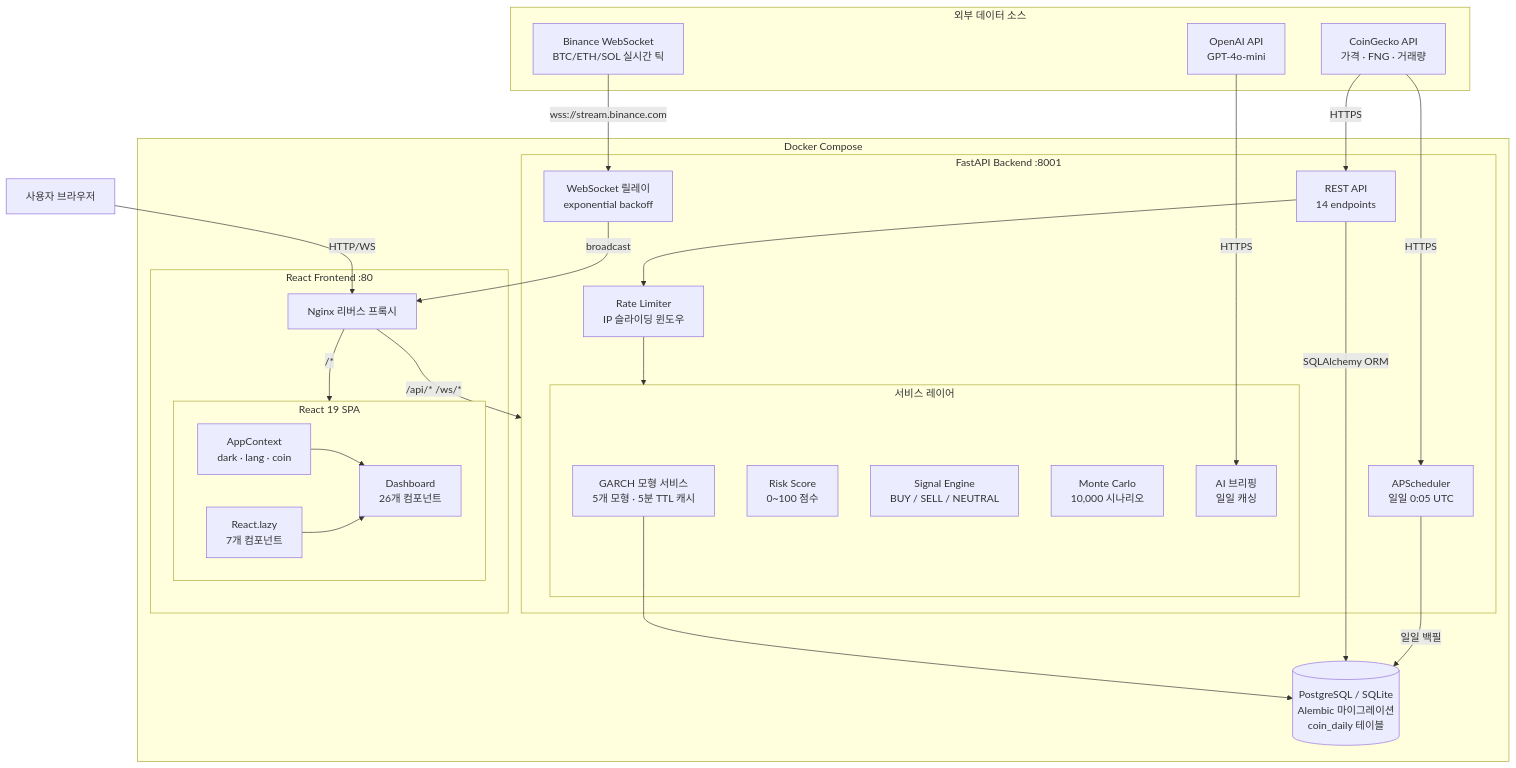
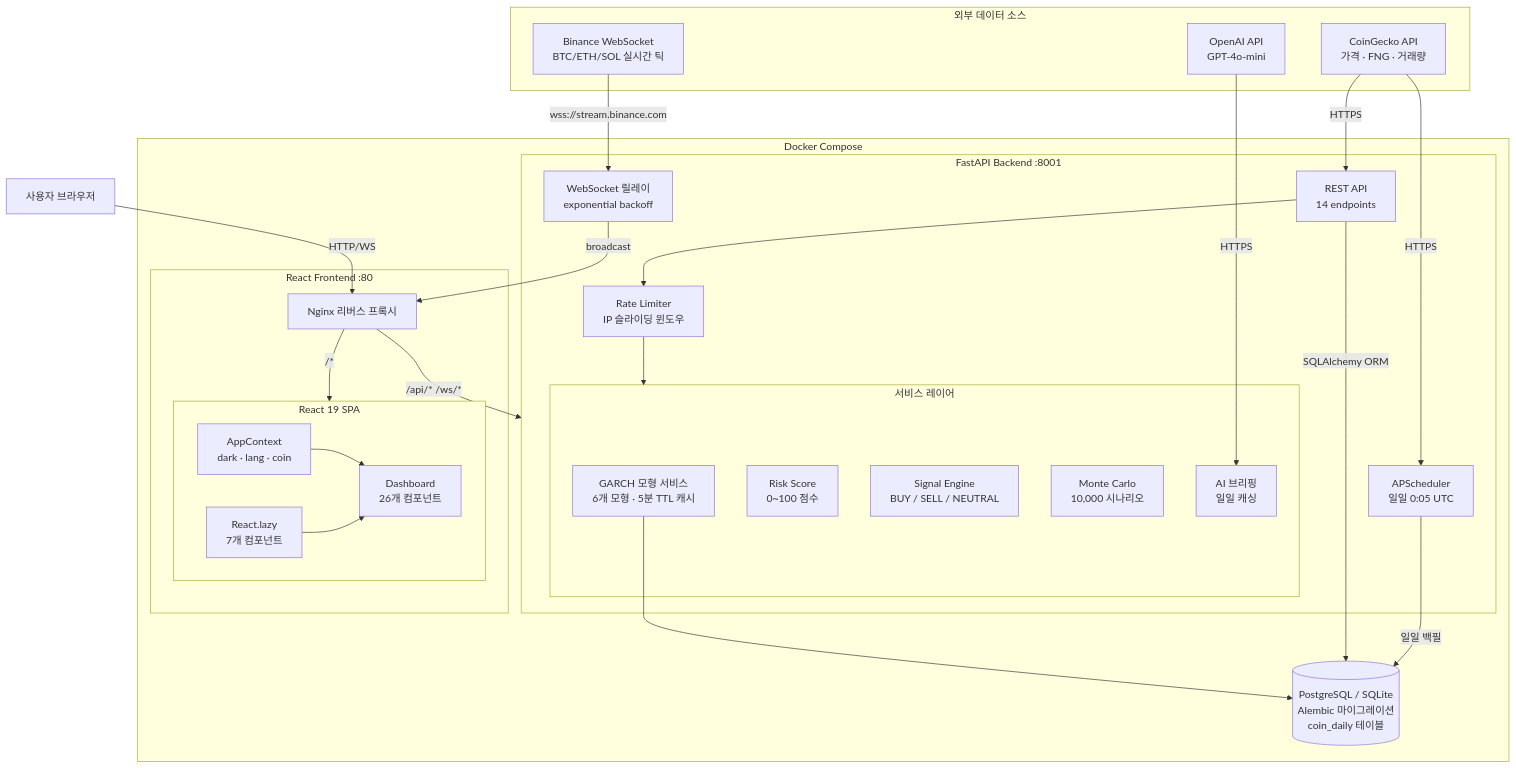
The first of 5 diagrams in README.md (ykgstar37-lab/crypto-volatility-intelligence-system), drawn with Mermaid before and after one commit. The commit also changed other lines of this file and 5 other files, not shown here.

````diff
--- a/README.md
+++ b/README.md
@@ -159,57 +169,57 @@
 ```mermaid
 graph TB
     subgraph External["외부 데이터 소스"]
         BN["Binance WebSocket<br/>BTC/ETH/SOL 실시간 틱"]
         CG["CoinGecko API<br/>가격 · FNG · 거래량"]
         OA["OpenAI API<br/>GPT-4o-mini"]
     end
 
     subgraph Docker["Docker Compose"]
         subgraph Backend["FastAPI Backend :8001"]
             WS["WebSocket 릴레이<br/>exponential backoff"]
             API["REST API<br/>14 endpoints"]
             RL["Rate Limiter<br/>IP 슬라이딩 윈도우"]
             SCH["APScheduler<br/>일일 0:05 UTC"]
 
             subgraph Services["서비스 레이어"]
-                GARCH["GARCH 모형 서비스<br/>5개 모형 · 5분 TTL 캐시"]
+                GARCH["GARCH 모형 서비스<br/>6개 모형 · 5분 TTL 캐시"]
                 RISK["Risk Score<br/>0~100 점수"]
                 SIG["Signal Engine<br/>BUY / SELL / NEUTRAL"]
                 MC["Monte Carlo<br/>10,000 시나리오"]
                 BRIEF["AI 브리핑<br/>일일 캐싱"]
             end
         end
 
         DB[("PostgreSQL / SQLite<br/>Alembic 마이그레이션<br/>coin_daily 테이블")]
 
         subgraph Frontend["React Frontend :80"]
             NGINX["Nginx 리버스 프록시"]
             subgraph SPA["React 19 SPA"]
                 CTX["AppContext<br/>dark · lang · coin"]
                 LAZY["React.lazy<br/>7개 컴포넌트"]
                 DASH["Dashboard<br/>26개 컴포넌트"]
             end
         end
     end
 
     USER["사용자 브라우저"]
 
     BN -->|"wss://stream.binance.com"| WS
     CG -->|"HTTPS"| API
     CG -->|"HTTPS"| SCH
     OA -->|"HTTPS"| BRIEF
 
     SCH -->|"일일 백필"| DB
     API -->|"SQLAlchemy ORM"| DB
     GARCH --> DB
     WS -->|"broadcast"| NGINX
 
     API --> RL
     RL --> Services
 
     USER -->|"HTTP/WS"| NGINX
     NGINX -->|"/api/* /ws/*"| Backend
     NGINX -->|"/*"| SPA
     CTX --> DASH
     LAZY --> DASH
 ```
````
